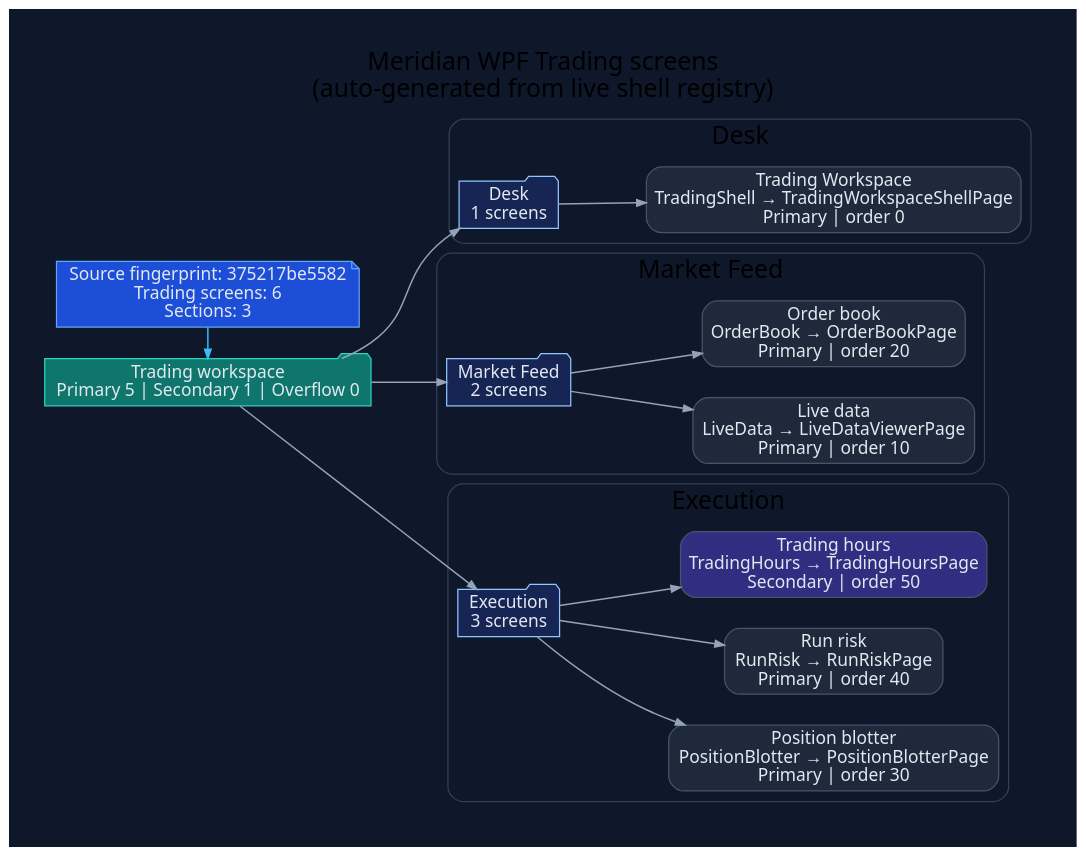
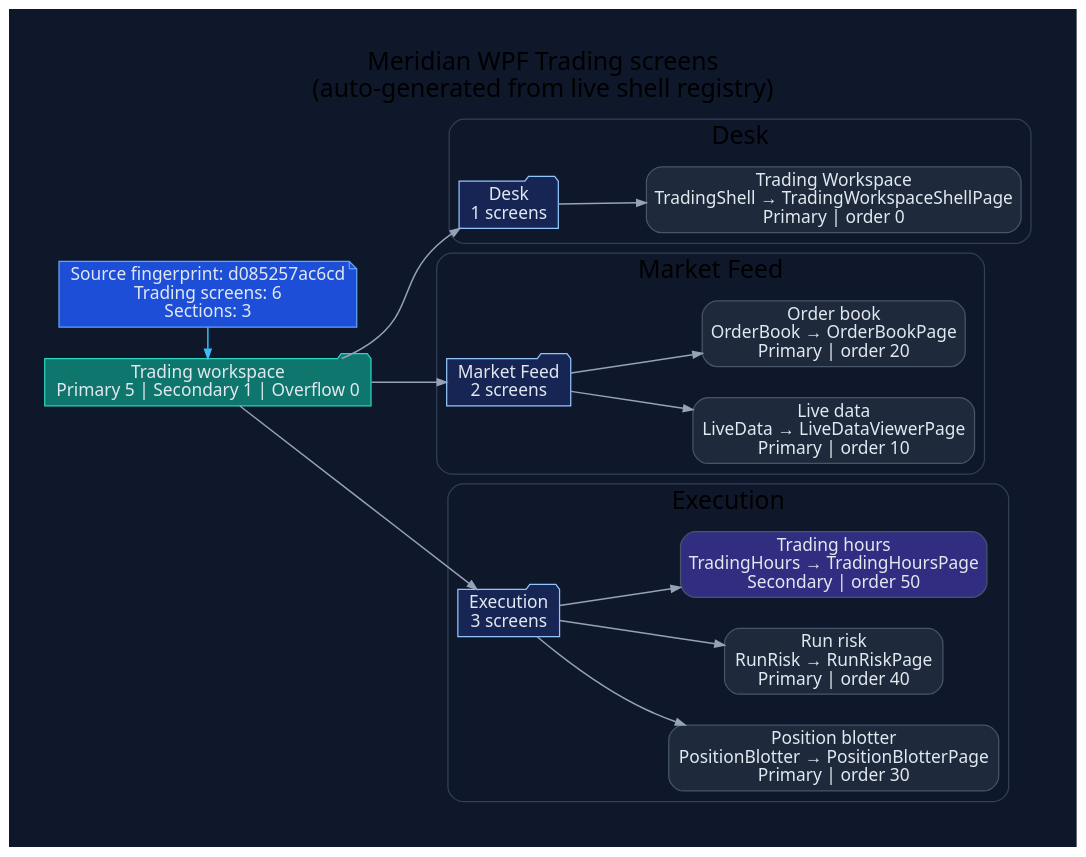
Before and after one commit to rodoHasArrived/Meridian-main: the diagram in docs/diagrams/ui-wpf-screens-trading.dot, drawn with Graphviz. The commit also changed 191 other files, not shown here.

```diff
--- a/docs/diagrams/ui-wpf-screens-trading.dot
+++ b/docs/diagrams/ui-wpf-screens-trading.dot
@@ -1,62 +1,62 @@
 // -----------------------------------------------------------------------------
 // <auto-generated>
 // Generated by scripts/generate-diagrams.mjs.
 // Do not edit this file directly; update the WPF source files instead.
 // -----------------------------------------------------------------------------
 digraph WpfTradingScreens {
   graph [
     rankdir=LR,
     labelloc=t,
     label="Meridian WPF Trading screens\n(auto-generated from live shell registry)",
     fontname="Segoe UI",
     fontsize=20,
     pad=0.4,
     nodesep=0.35,
     ranksep=0.85,
     bgcolor="#0f172a"
   ];
   node [fontname="Segoe UI", shape=box, style="rounded,filled", color="#475569", fontcolor="#e2e8f0", fillcolor="#1e293b"];
   edge [fontname="Segoe UI", color="#94a3b8", penwidth=1.2, arrowsize=0.75];
 
-  generated [shape=note, fillcolor="#1d4ed8", color="#60a5fa", label="Source fingerprint: 375217be5582\nTrading screens: 6\nSections: 3"];
+  generated [shape=note, fillcolor="#1d4ed8", color="#60a5fa", label="Source fingerprint: d085257ac6cd\nTrading screens: 6\nSections: 3"];
   workspace [shape=folder, fillcolor="#0f766e", color="#2dd4bf", label="Trading workspace\nPrimary 5 | Secondary 1 | Overflow 0"];
   generated -> workspace [color="#38bdf8"];
 
   subgraph cluster_section_1 {
     label="Desk";
     color="#334155";
     style="rounded";
     section_1 [shape=folder, fillcolor="#172554", color="#93c5fd", label="Desk\n1 screens"];
     workspace -> section_1;
     screen_TradingShell [fillcolor="#1e293b", label="Trading Workspace\nTradingShell → TradingWorkspaceShellPage\nPrimary | order 0"];
     section_1 -> screen_TradingShell;
   }
 
   subgraph cluster_section_2 {
     label="Market Feed";
     color="#334155";
     style="rounded";
     section_2 [shape=folder, fillcolor="#172554", color="#93c5fd", label="Market Feed\n2 screens"];
     workspace -> section_2;
     screen_LiveData [fillcolor="#1e293b", label="Live data\nLiveData → LiveDataViewerPage\nPrimary | order 10"];
     section_2 -> screen_LiveData;
     screen_OrderBook [fillcolor="#1e293b", label="Order book\nOrderBook → OrderBookPage\nPrimary | order 20"];
     section_2 -> screen_OrderBook;
   }
 
   subgraph cluster_section_3 {
     label="Execution";
     color="#334155";
     style="rounded";
     section_3 [shape=folder, fillcolor="#172554", color="#93c5fd", label="Execution\n3 screens"];
     workspace -> section_3;
     screen_PositionBlotter [fillcolor="#1e293b", label="Position blotter\nPositionBlotter → PositionBlotterPage\nPrimary | order 30"];
     section_3 -> screen_PositionBlotter;
     screen_RunRisk [fillcolor="#1e293b", label="Run risk\nRunRisk → RunRiskPage\nPrimary | order 40"];
     section_3 -> screen_RunRisk;
     screen_TradingHours [fillcolor="#312e81", label="Trading hours\nTradingHours → TradingHoursPage\nSecondary | order 50"];
     section_3 -> screen_TradingHours;
   }
 
   { rank=min; generated; workspace; }
 }
```
